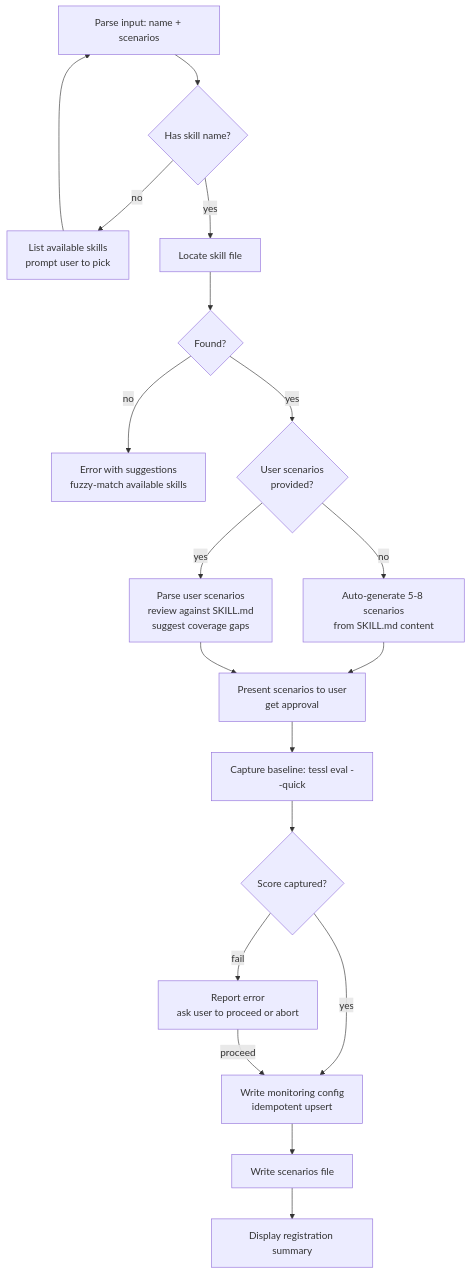
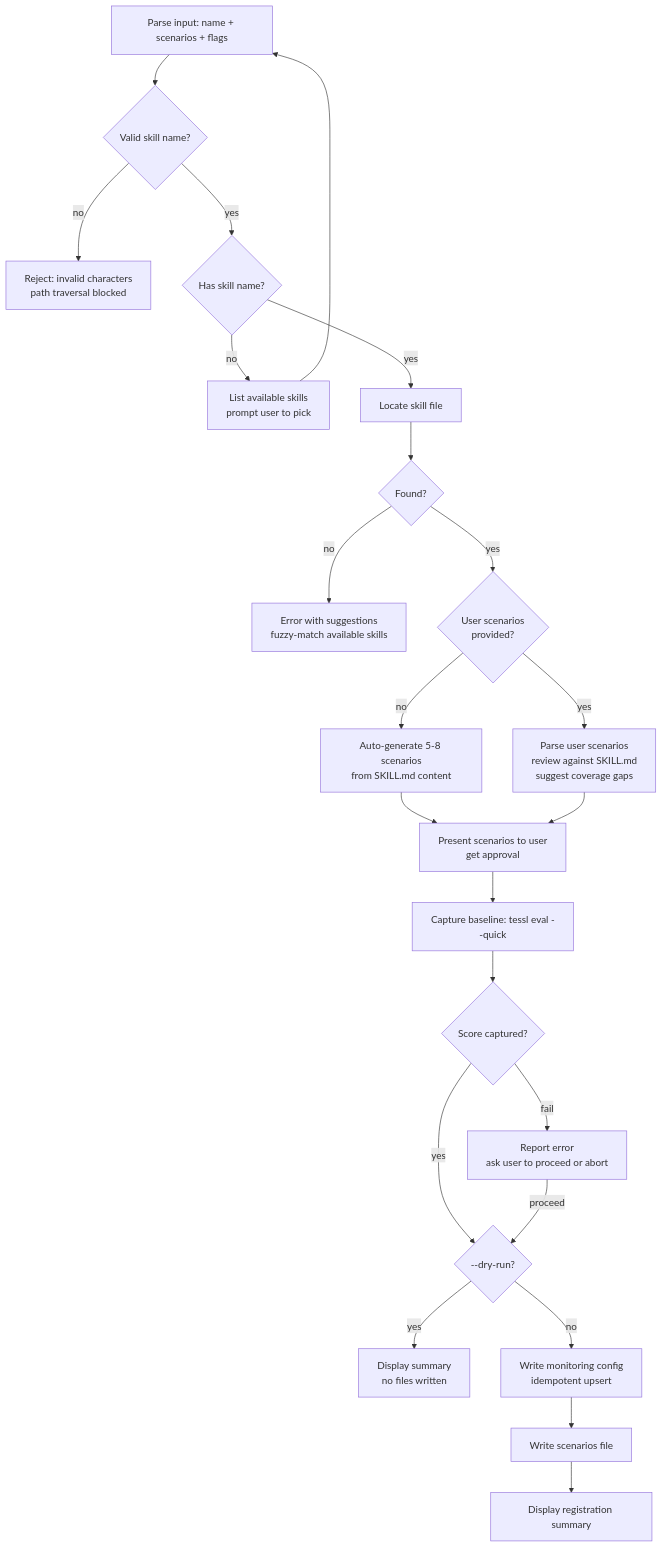
One commit to AndreJorgeLopes/proof-of-skill changed the diagram in skills/monitor-skill/SKILL.md. Above: the diagram before and after it, drawn with Mermaid. The commit also changed other lines of this file, not shown here.

Commit message:
improve: add few-shot example, dry-run, constraints to monitor-skill

````diff
--- a/skills/monitor-skill/SKILL.md
+++ b/skills/monitor-skill/SKILL.md
@@ -37,21 +41,25 @@
 ```mermaid
 flowchart TD
-    A[Parse input: name + scenarios] --> B{Has skill name?}
+    A[Parse input: name + scenarios + flags] --> V{Valid skill name?}
+    V -->|no| V1[Reject: invalid characters\npath traversal blocked]
+    V -->|yes| B{Has skill name?}
     B -->|no| C[List available skills\nprompt user to pick]
     C --> A
     B -->|yes| D[Locate skill file]
     D --> E{Found?}
     E -->|no| F[Error with suggestions\nfuzzy-match available skills]
     E -->|yes| G{User scenarios\nprovided?}
     G -->|no| H[Auto-generate 5-8 scenarios\nfrom SKILL.md content]
     G -->|yes| I[Parse user scenarios\nreview against SKILL.md\nsuggest coverage gaps]
     H --> J[Present scenarios to user\nget approval]
     I --> J
     J --> K[Capture baseline: tessl eval --quick]
     K --> L{Score captured?}
     L -->|fail| M[Report error\nask user to proceed or abort]
-    L -->|yes| N[Write monitoring config\nidempotent upsert]
-    M -->|proceed| N
+    L -->|yes| DR{--dry-run?}
+    M -->|proceed| DR
+    DR -->|yes| DRS[Display summary\nno files written]
+    DR -->|no| N[Write monitoring config\nidempotent upsert]
     N --> O[Write scenarios file]
     O --> P[Display registration summary]
 ```
````
